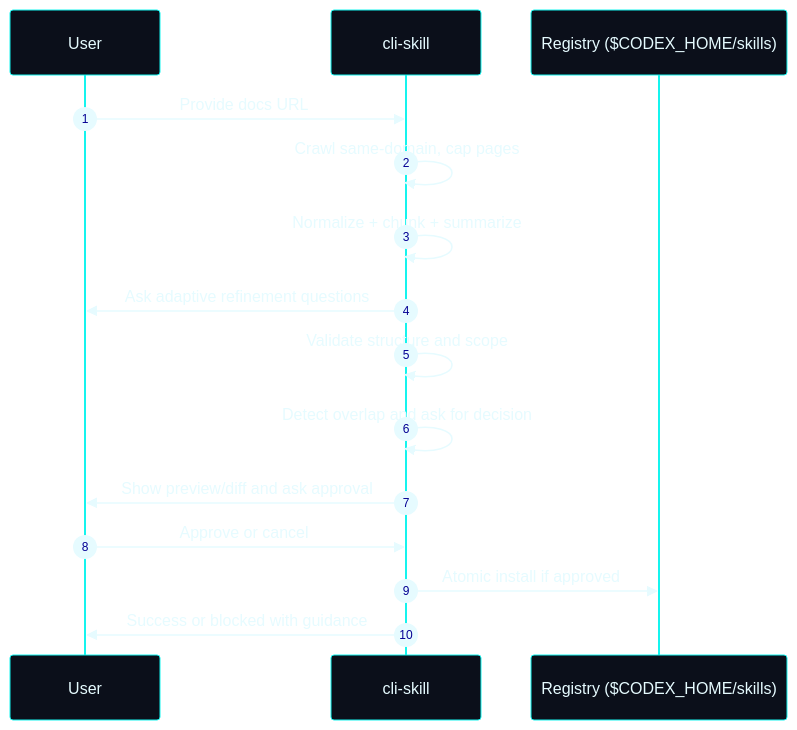
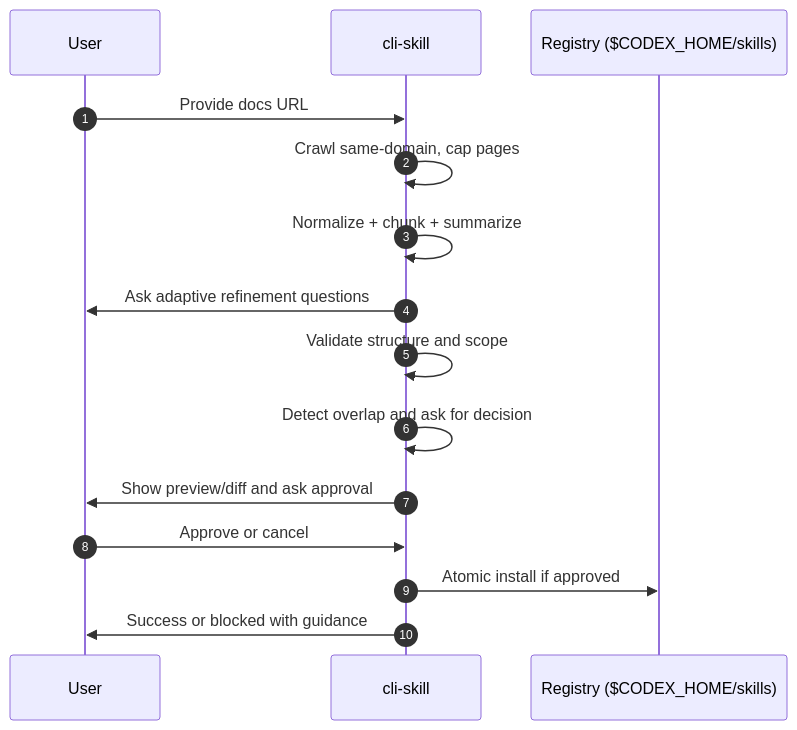
The second of 2 diagrams in README.md (Nickbohm555/skill-cli), drawn with Mermaid before and after one commit. The commit also changed other lines of this file and 1 other file, not shown here.

````diff
--- a/README.md
+++ b/README.md
@@ -77,19 +72,18 @@
 ```mermaid
-%%{init: {"theme": "base", "themeVariables": {"primaryColor": "#0b0f1a", "primaryTextColor": "#e6fbff", "primaryBorderColor": "#15f4ee", "lineColor": "#faff6b", "secondaryColor": "#1b0f2b", "tertiaryColor": "#0a1a2f"}}}%%
 sequenceDiagram
     autonumber
     participant U as User
     participant C as cli-skill
     participant R as Registry ($CODEX_HOME/skills)
 
     U->>C: Provide docs URL
     C->>C: Crawl same-domain, cap pages
     C->>C: Normalize + chunk + summarize
     C->>U: Ask adaptive refinement questions
     C->>C: Validate structure and scope
     C->>C: Detect overlap and ask for decision
     C->>U: Show preview/diff and ask approval
     U->>C: Approve or cancel
     C->>R: Atomic install if approved
     C->>U: Success or blocked with guidance
 ```
````
